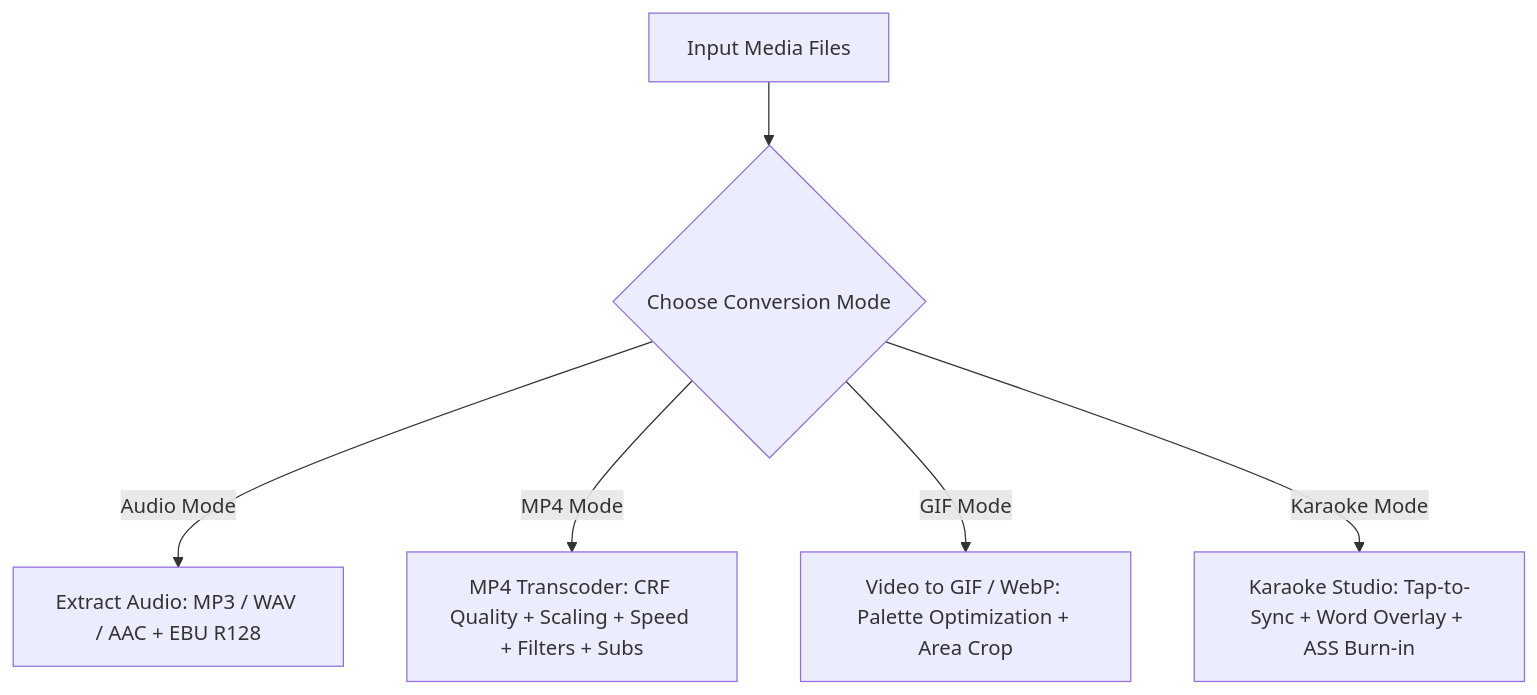
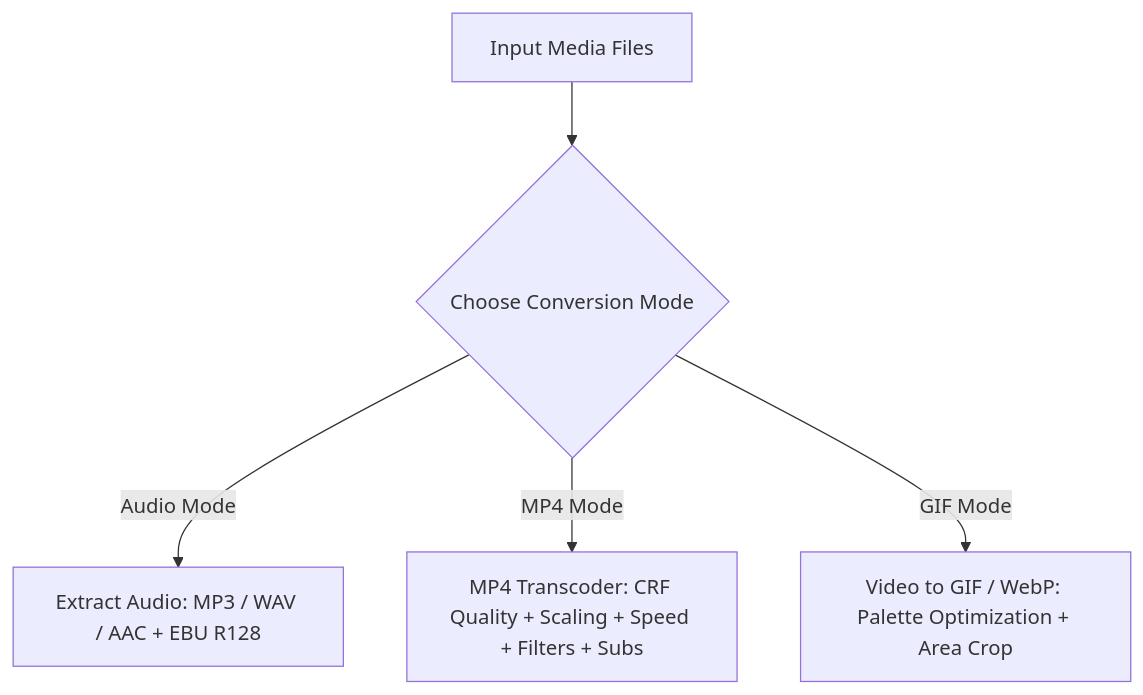
The first of 2 diagrams in README.md (Sorairei/beetales-converter), drawn with Mermaid before and after one commit. The commit also changed other lines of this file and 7 other files, not shown here.

First line of the commit message:
refactor: remove karaoke and dynamic subtitles studio

````diff
--- a/README.md
+++ b/README.md
@@ -83,8 +81,7 @@
 ```mermaid
 graph TD
     A[Input Media Files] --> B{Choose Conversion Mode}
     B -->|Audio Mode| C[Extract Audio: MP3 / WAV / AAC + EBU R128]
     B -->|MP4 Mode| D[MP4 Transcoder: CRF Quality + Scaling + Speed + Filters + Subs]
     B -->|GIF Mode| E[Video to GIF / WebP: Palette Optimization + Area Crop]
-    B -->|Karaoke Mode| F[Karaoke Studio: Tap-to-Sync + Word Overlay + ASS Burn-in]
 ```
````
